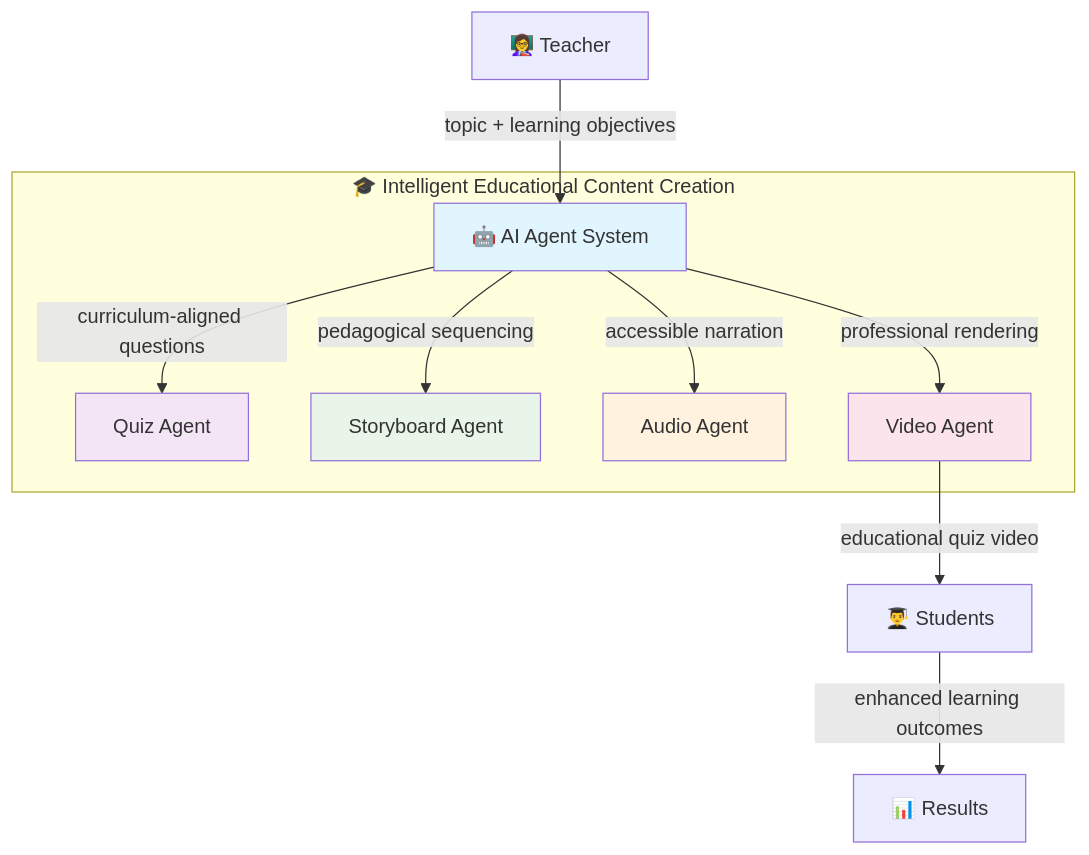
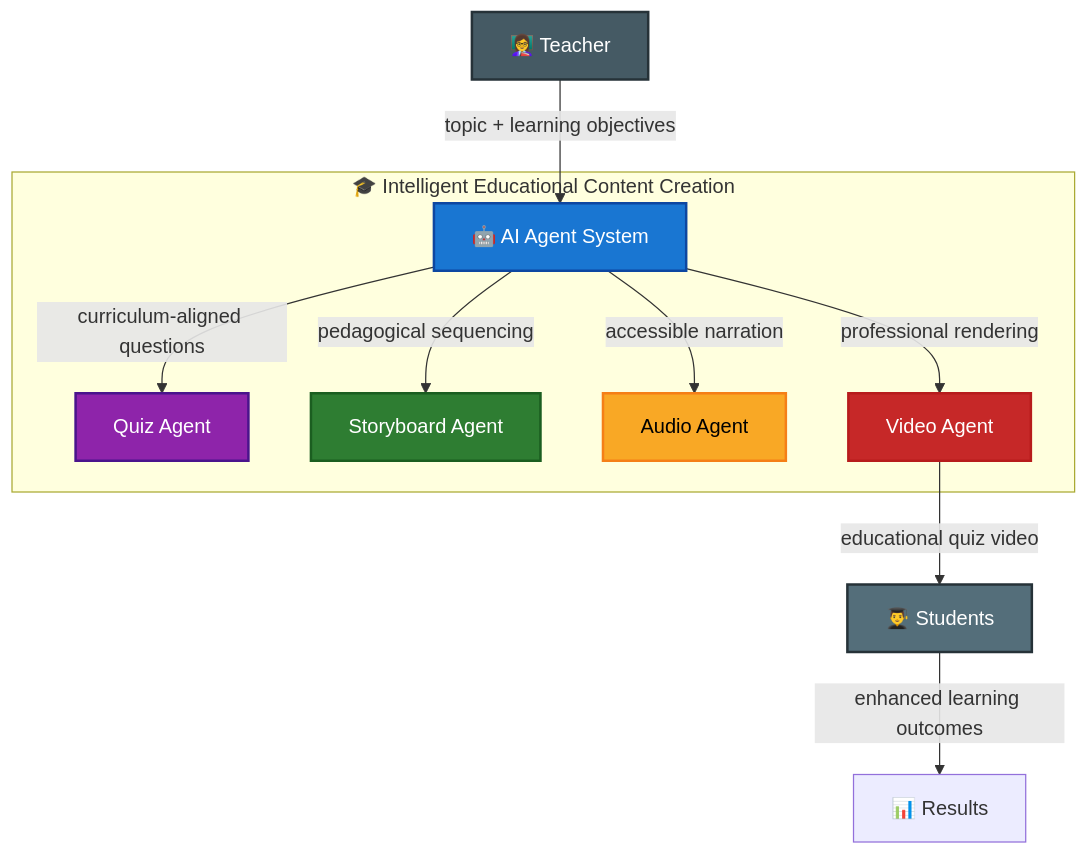
The diagram in README.md (premkumargit/quiz_generator_agent), drawn with Mermaid before and after one commit. The commit also changed other lines of this file and 1 other file, not shown here.

Commit message:
adding mermaied diagrams

````diff
--- a/README.md
+++ b/README.md
@@ -152,20 +152,23 @@
 ```mermaid
 flowchart TD
     T[👩‍🏫 Teacher] -->|topic + learning objectives| AI[🤖 AI Agent System]
 
     subgraph "🎓 Intelligent Educational Content Creation"
         AI -->|curriculum-aligned questions| Q[Quiz Agent]
         AI -->|pedagogical sequencing| S[Storyboard Agent]
         AI -->|accessible narration| A[Audio Agent]
         AI -->|professional rendering| V[Video Agent]
     end
 
     V -->|educational quiz video| C[👨‍🎓 Students]
     C -->|enhanced learning outcomes| R[📊 Results]
 
-    style AI fill:#e1f5fe
-    style Q fill:#f3e5f5
-    style S fill:#e8f5e8
-    style A fill:#fff3e0
-    style V fill:#fce4ec
+    %% High-contrast, accessible colors
+    style AI fill:#1976d2,stroke:#0d47a1,stroke-width:2px,color:#ffffff
+    style Q  fill:#8e24aa,stroke:#4a148c,stroke-width:2px,color:#ffffff
+    style S  fill:#2e7d32,stroke:#1b5e20,stroke-width:2px,color:#ffffff
+    style A  fill:#f9a825,stroke:#f57f17,stroke-width:2px,color:#000000
+    style V  fill:#c62828,stroke:#b71c1c,stroke-width:2px,color:#ffffff
+    style T  fill:#455a64,stroke:#263238,stroke-width:2px,color:#ffffff
+    style C  fill:#546e7a,stroke:#263238,stroke-width:2px,color:#ffffff
 ```
````
